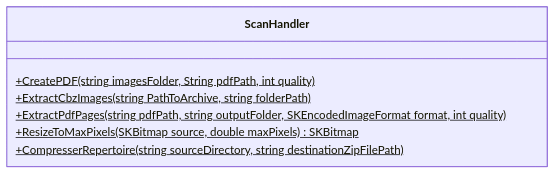
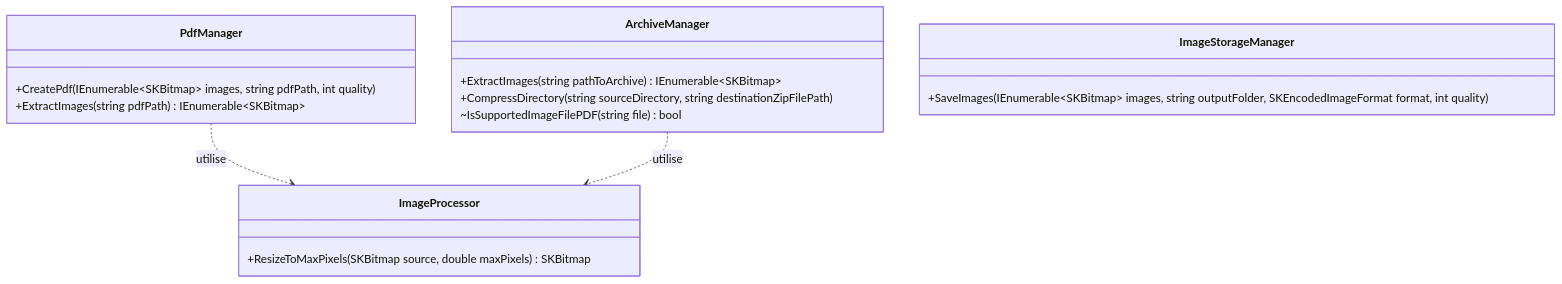
Before and after one commit to Hoferlukaslh/ScholarLog: the diagram in PoC/CBZ/README.md, drawn with Mermaid. The commit also changed 3 other files, not shown here.

Commit message:
Refonte complette de ScanHandler

````diff
--- a/PoC/CBZ/README.md
+++ b/PoC/CBZ/README.md
@@ -9,17 +9,32 @@
 ``` mermaid
 classDiagram
 
-  %% Cette classe est actuellement un four tout %%
-  class ScanHandler{
-  %% propriétés %%
-  
-  %% méthodes %%
-    +CreatePDF(string imagesFolder, String pdfPath, int quality)$
-    +ExtractCbzImages(string PathToArchive, string folderPath)$
-    +ExtractPdfPages(string pdfPath, string outputFolder, SKEncodedImageFormat format, int quality)$
-    +ResizeToMaxPixels(SKBitmap source, double maxPixels) SKBitmap$
-    +CompresserRepertoire(string sourceDirectory, string destinationZipFilePath)$
+  class ImageProcessor {
+    %% Responsabilité : Manipulation d'images en mémoire %%
+    +ResizeToMaxPixels(SKBitmap source, double maxPixels) SKBitmap
   }
+
+  class PdfManager {
+    %% Responsabilité : Génération et lecture de PDF %%
+    +CreatePdf(IEnumerable~SKBitmap~ images, string pdfPath, int quality)
+    +ExtractImages(string pdfPath) IEnumerable~SKBitmap~
+  }
+
+  class ArchiveManager {
+    %% Responsabilité : Manipulation de fichiers compressés %%
+    +ExtractImages(string pathToArchive) IEnumerable~SKBitmap~
+    +CompressDirectory(string sourceDirectory, string destinationZipFilePath)
+    ~IsSupportedImageFilePDF(string file) bool
+  }
+
+  class ImageStorageManager {
+    %% Responsabilité : Sauvegarde physique des fichiers %%
+    +SaveImages(IEnumerable~SKBitmap~ images, string outputFolder, SKEncodedImageFormat format, int quality)
+  }
+
+  %% Relations d'utilisation (dépendances) %%
+  PdfManager ..> ImageProcessor : utilise
+  ArchiveManager ..> ImageProcessor : utilise
 
     
 ```
````
